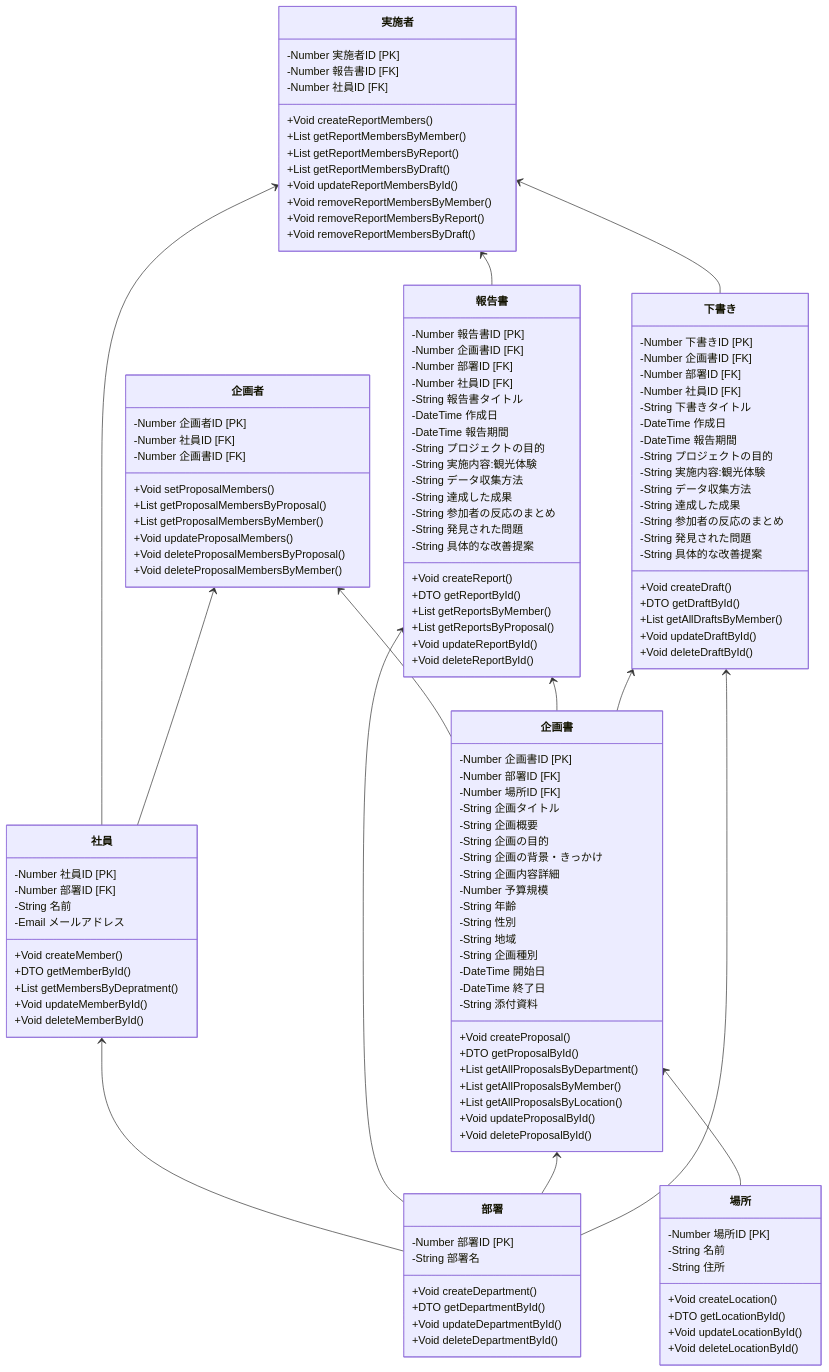
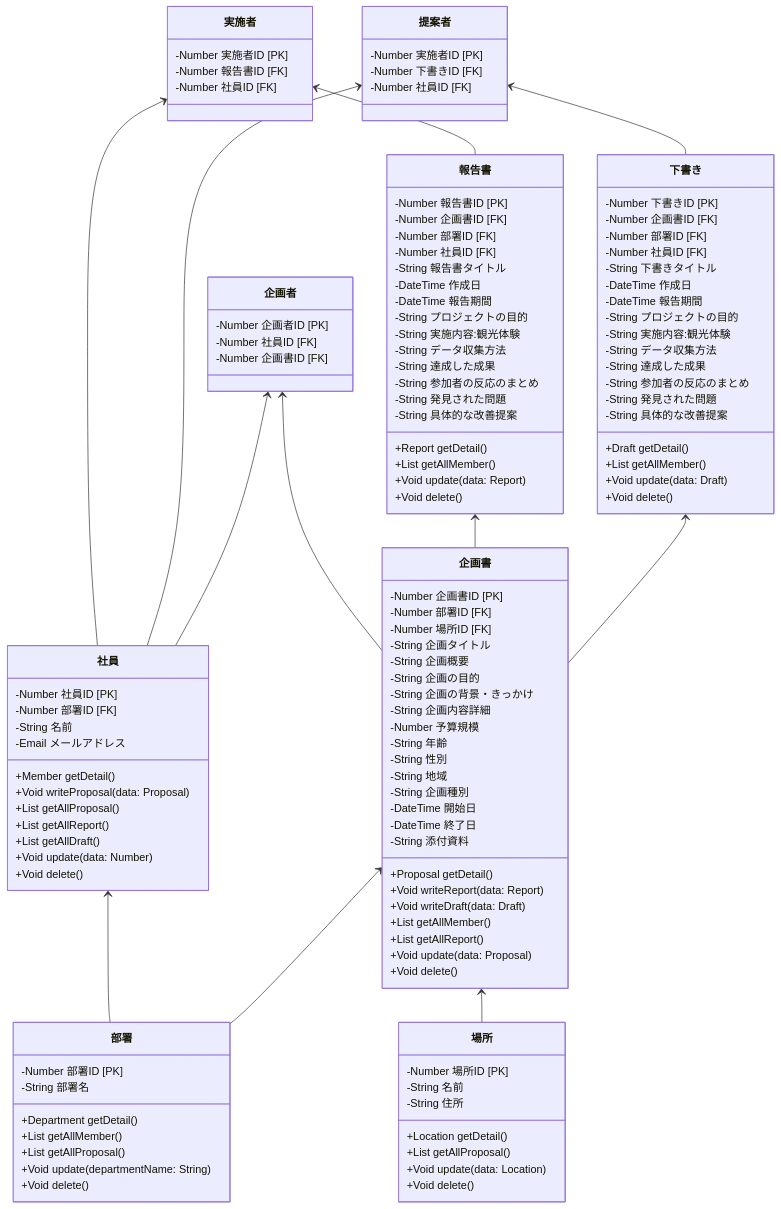
The diagram in class.md (MineyamaHiyori/detailed_architect), drawn with Mermaid before and after one commit.

````diff
--- a/class.md
+++ b/class.md
@@ -5,26 +5,28 @@
         -Number 場所ID [PK]
         -String 名前
         -String 住所
- 
-        +Void createLocation()
-        +DTO getLocationById()
-        +Void updateLocationById()
-        +Void deleteLocationById()
+
+        +Location getDetail()
+        +List getAllProposal()
+        +Void update(data: Location)
+        +Void delete()
     }
- 
+
     class 社員 {
-        -Number 社員ID [PK]
+	    -Number 社員ID [PK]
         -Number 部署ID [FK]
         -String 名前
         -Email メールアドレス
- 
-        +Void createMember()
-        +DTO getMemberById()
-        +List getMembersByDepratment()
-        +Void updateMemberById()
-        +Void deleteMemberById()
+
+        +Member getDetail()
+        +Void writeProposal(data: Proposal)
+        +List getAllProposal()
+        +List getAllReport()
+        +List getAllDraft()
+        +Void update(data: Number)
+        +Void delete()
     }
- 
+
     class 企画書 {
         -Number 企画書ID [PK]
         -Number 部署ID [FK]
@@ -42,36 +44,29 @@
         -DateTime 開始日
         -DateTime 終了日
         -String 添付資料
-       
-        +Void createProposal()
-        +DTO getProposalById()
-        +List getAllProposalsByDepartment()
-        +List getAllProposalsByMember()
-        +List getAllProposalsByLocation()
-        +Void updateProposalById()
-        +Void deleteProposalById()
+        
+        +Proposal getDetail()
+        +Void writeReport(data: Report)
+        +Void writeDraft(data: Draft)
+        +List getAllMember()
+        +List getAllReport()
+        +Void update(data: Proposal)
+        +Void delete()
     }
- 
+
     class 企画者 {
         -Number 企画者ID [PK]
         -Number 社員ID [FK]
         -Number 企画書ID [FK]
-       
-        +Void setProposalMembers()
-        +List getProposalMembersByProposal()
-        +List getProposalMembersByMember()
-        +Void updateProposalMembers()
-        +Void deleteProposalMembersByProposal()
-        +Void deleteProposalMembersByMember()
     }
- 
+
     class 報告書 {
-        -Number 報告書ID [PK]
+	    -Number 報告書ID [PK]
         -Number 企画書ID [FK]
         -Number 部署ID [FK]
         -Number 社員ID [FK]
         -String 報告書タイトル
-        -DateTime 作成日
+        -DateTime 作成日 
         -DateTime 報告期間
         -String プロジェクトの目的
         -String 実施内容:観光体験
@@ -80,22 +75,20 @@
         -String 参加者の反応のまとめ
         -String 発見された問題
         -String 具体的な改善提案
-       
-        +Void createReport()
-        +DTO getReportById()
-        +List getReportsByMember()
-        +List getReportsByProposal()
-        +Void updateReportById()
-        +Void deleteReportById()
-    }
- 
+
+        +Report getDetail()
+        +List getAllMember()
+        +Void update(data: Report)
+        +Void delete()
+    } 
+
     class 下書き {
-        -Number 下書きID [PK]
+	    -Number 下書きID [PK]
         -Number 企画書ID [FK]
         -Number 部署ID [FK]
         -Number 社員ID [FK]
         -String 下書きタイトル
-        -DateTime 作成日
+        -DateTime 作成日 
         -DateTime 報告期間
         -String プロジェクトの目的
         -String 実施内容:観光体験
@@ -104,49 +97,45 @@
         -String 参加者の反応のまとめ
         -String 発見された問題
         -String 具体的な改善提案
- 
-        +Void createDraft()
-        +DTO getDraftById()
-        +List getAllDraftsByMember()
-        +Void updateDraftById()
-        +Void deleteDraftById()
-    }
- 
+
+        +Draft getDetail()
+        +List getAllMember()
+        +Void update(data: Draft)
+        +Void delete()
+    } 
+
     class 実施者 {
         -Number 実施者ID [PK]
         -Number 報告書ID [FK]
-        -Number 社員ID [FK]
-       
-        +Void createReportMembers()
-        +List getReportMembersByMember()
-        +List getReportMembersByReport()
-        +List getReportMembersByDraft()
-        +Void updateReportMembersById()
-        +Void removeReportMembersByMember()
-        +Void removeReportMembersByReport()
-        +Void removeReportMembersByDraft()
+	    -Number 社員ID [FK]
     }
- 
+
+    class 提案者 {
+        -Number 実施者ID [PK]
+        -Number 下書きID [FK]
+	    -Number 社員ID [FK]
+    }
+
     class 部署 {
         -Number 部署ID [PK]
         -String 部署名
-       
-        +Void createDepartment()
-        +DTO getDepartmentById()
-        +Void updateDepartmentById()
-        +Void deleteDepartmentById()
+        
+        +Department getDetail()
+        +List getAllMember()
+        +List getAllProposal()
+        +Void update(departmentName: String)
+        +Void delete()
     }
- 
+
     社員 <-- 部署
     実施者 <-- 社員
+    提案者 <-- 社員
     実施者 <-- 報告書
-    実施者 <-- 下書き
+    提案者 <-- 下書き
     企画者 <-- 社員
     企画書 <-- 場所
     企画者 <-- 企画書
-    報告書 <-- 部署
     企画書 <-- 部署
     報告書 <-- 企画書
-    下書き <-- 部署
     下書き <-- 企画書
 ```
````
